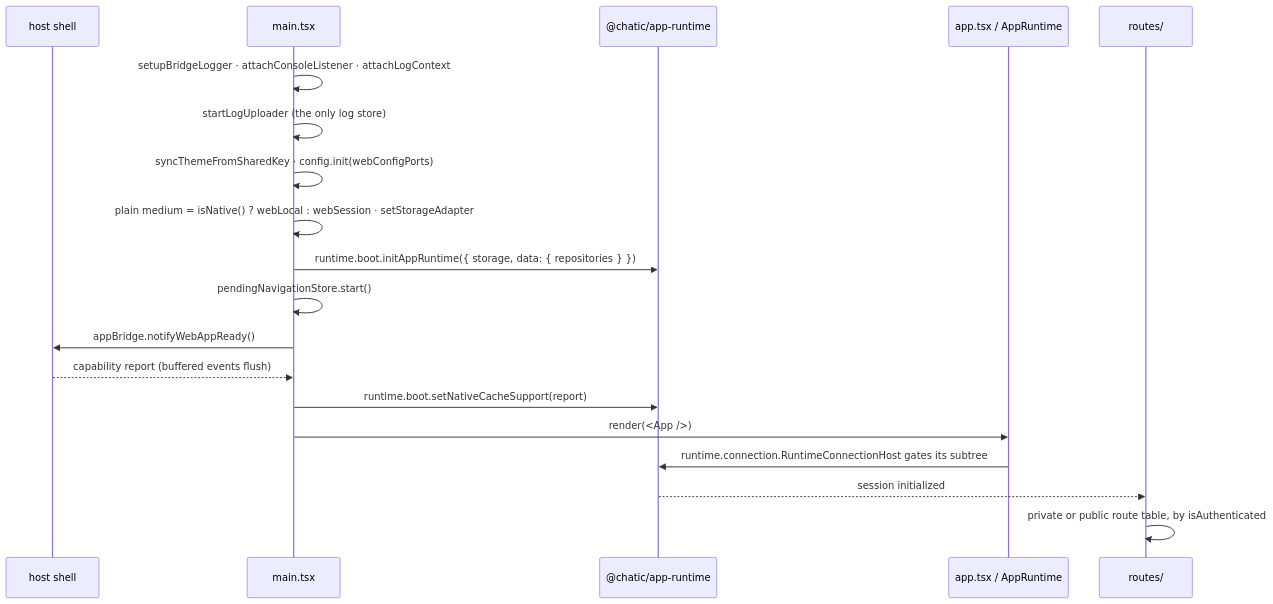
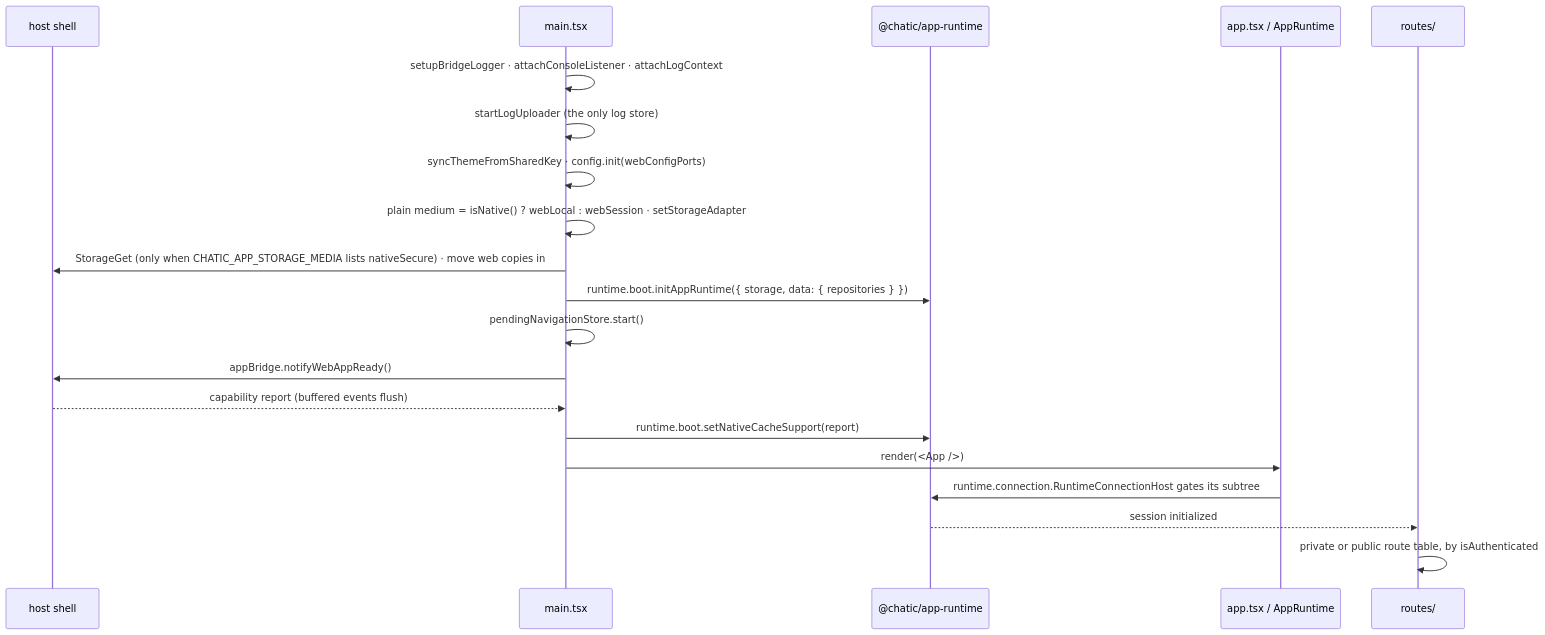
Before and after one commit to lemoncloud-io/dou-app: the second of 2 diagrams in apps/web/README.md, drawn with Mermaid. The commit also changed other lines of this file and 122 other files, not shown here.

````diff
--- a/apps/web/README.md
+++ b/apps/web/README.md
@@ -146,22 +146,23 @@
 ```mermaid
 sequenceDiagram
     participant Shell as host shell
     participant Main as main.tsx
     participant RT as @chatic/app-runtime
     participant App as app.tsx / AppRuntime
     participant Router as routes/
 
     Main->>Main: setupBridgeLogger · attachConsoleListener · attachLogContext
     Main->>Main: startLogUploader (the only log store)
     Main->>Main: syncThemeFromSharedKey · config.init(webConfigPorts)
     Main->>Main: plain medium = isNative() ? webLocal : webSession · setStorageAdapter
+    Main->>Shell: StorageGet (only when CHATIC_APP_STORAGE_MEDIA lists nativeSecure) · move web copies in
     Main->>RT: runtime.boot.initAppRuntime({ storage, data: { repositories } })
     Main->>Main: pendingNavigationStore.start()
     Main->>Shell: appBridge.notifyWebAppReady()
     Shell-->>Main: capability report (buffered events flush)
     Main->>RT: runtime.boot.setNativeCacheSupport(report)
     Main->>App: render(<App />)
     App->>RT: runtime.connection.RuntimeConnectionHost gates its subtree
     RT-->>Router: session initialized
     Router->>Router: private or public route table, by isAuthenticated
 ```
````
